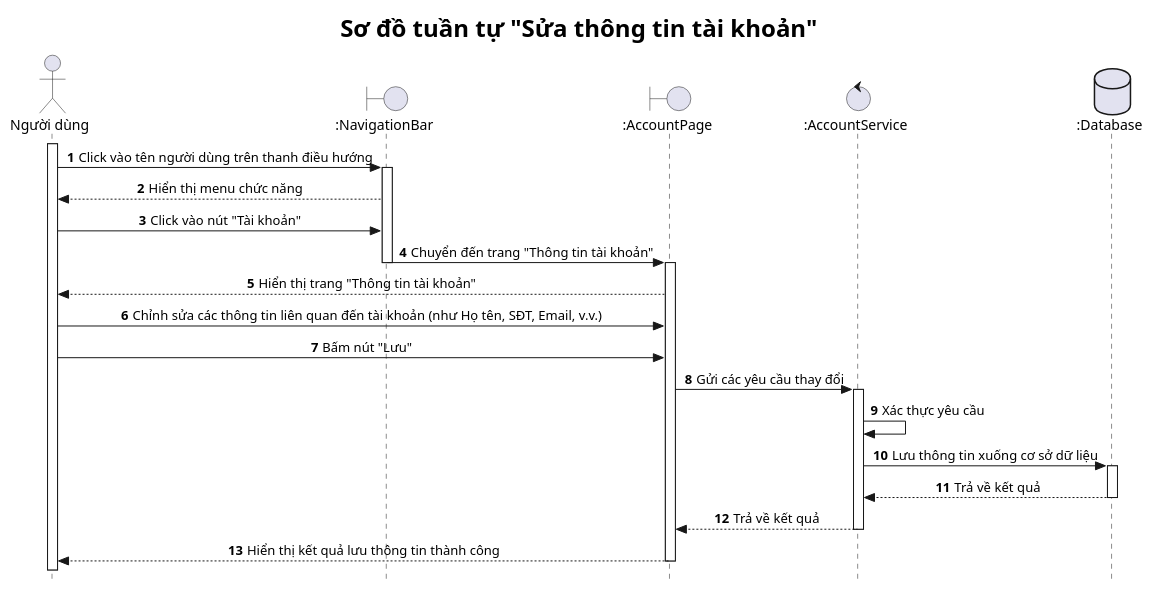
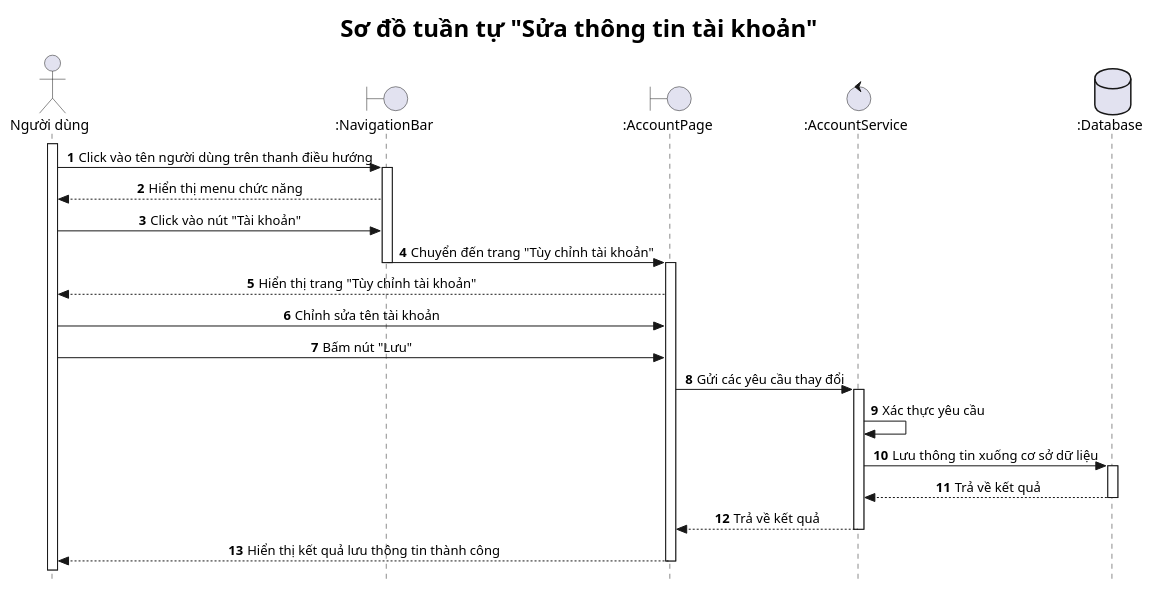
The diagram in src/sequence/userServices/accountService/s-editAccountInfo.plantuml (Hotelligence/hotelligence-diagrams), drawn with PlantUML before and after one commit. The commit also changed 37 other files, not shown here.

Commit message:
adjust some use cases and their flows

```diff
--- a/src/sequence/userServices/accountService/s-editAccountInfo.plantuml
+++ b/src/sequence/userServices/accountService/s-editAccountInfo.plantuml
@@ -1,40 +1,40 @@
 @startuml
 
 title <size: 24> Sơ đồ tuần tự "Sửa thông tin tài khoản" </size>
 
 skinparam style strictuml
 skinparam SequenceMessageAlignment center
 
 autonumber
 
 actor "Người dùng" as U
 boundary ":NavigationBar" as NB  
 boundary ":AccountPage" as AP  
 control ":AccountService" as AS
 database ":Database" as DB  
 
 activate U
 U -> NB: Click vào tên người dùng trên thanh điều hướng
 activate NB
 NB --> U: Hiển thị menu chức năng
 U -> NB: Click vào nút "Tài khoản"
-NB -> AP: Chuyển đến trang "Thông tin tài khoản"
+NB -> AP: Chuyển đến trang "Tùy chỉnh tài khoản"
 deactivate NB
 activate AP
-AP --> U: Hiển thị trang "Thông tin tài khoản"
-U -> AP: Chỉnh sửa các thông tin liên quan đến tài khoản (như Họ tên, SĐT, Email, v.v.)
+AP --> U: Hiển thị trang "Tùy chỉnh tài khoản"
+U -> AP: Chỉnh sửa tên tài khoản
 U -> AP: Bấm nút "Lưu"
 AP -> AS: Gửi các yêu cầu thay đổi
 activate AS
 AS -> AS: Xác thực yêu cầu
 AS -> DB: Lưu thông tin xuống cơ sở dữ liệu
 activate DB
 DB --> AS: Trả về kết quả
 deactivate DB
 AS --> AP: Trả về kết quả
 deactivate AS
 AP --> U: Hiển thị kết quả lưu thông tin thành công
 deactivate AP
 
 
 @enduml
```
